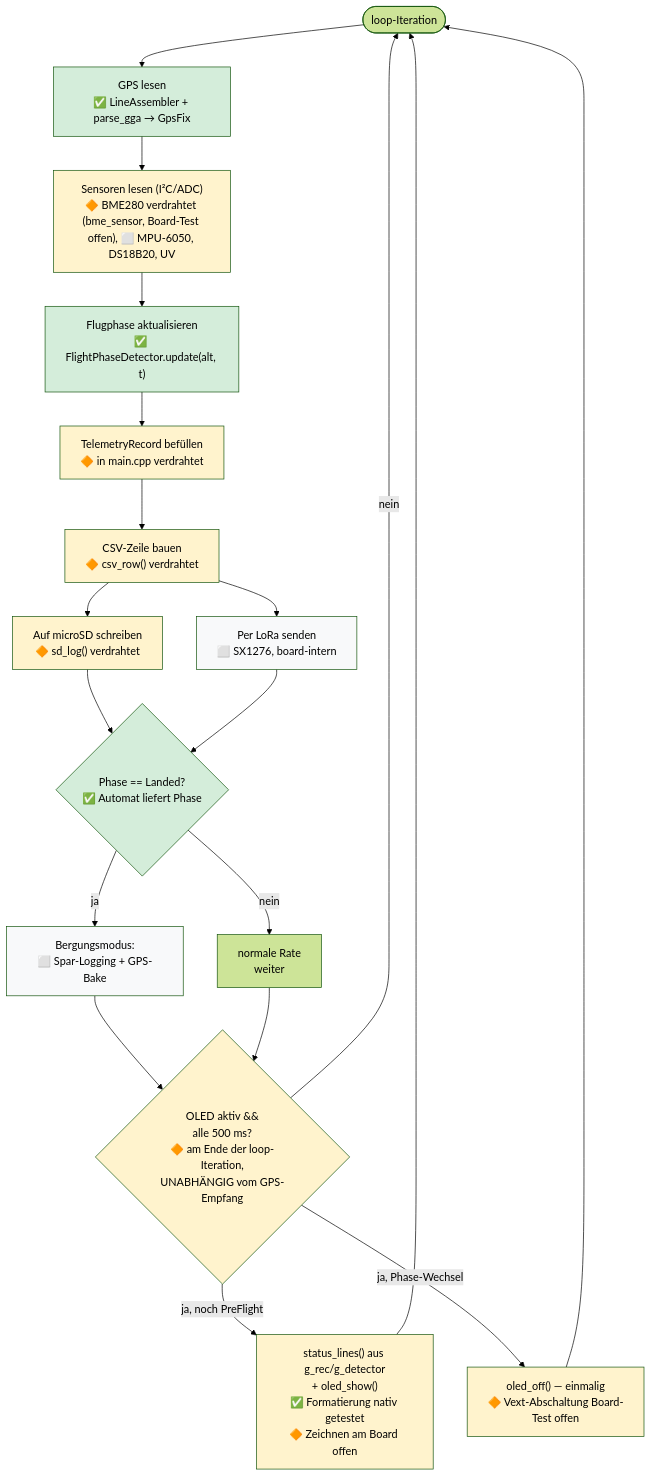
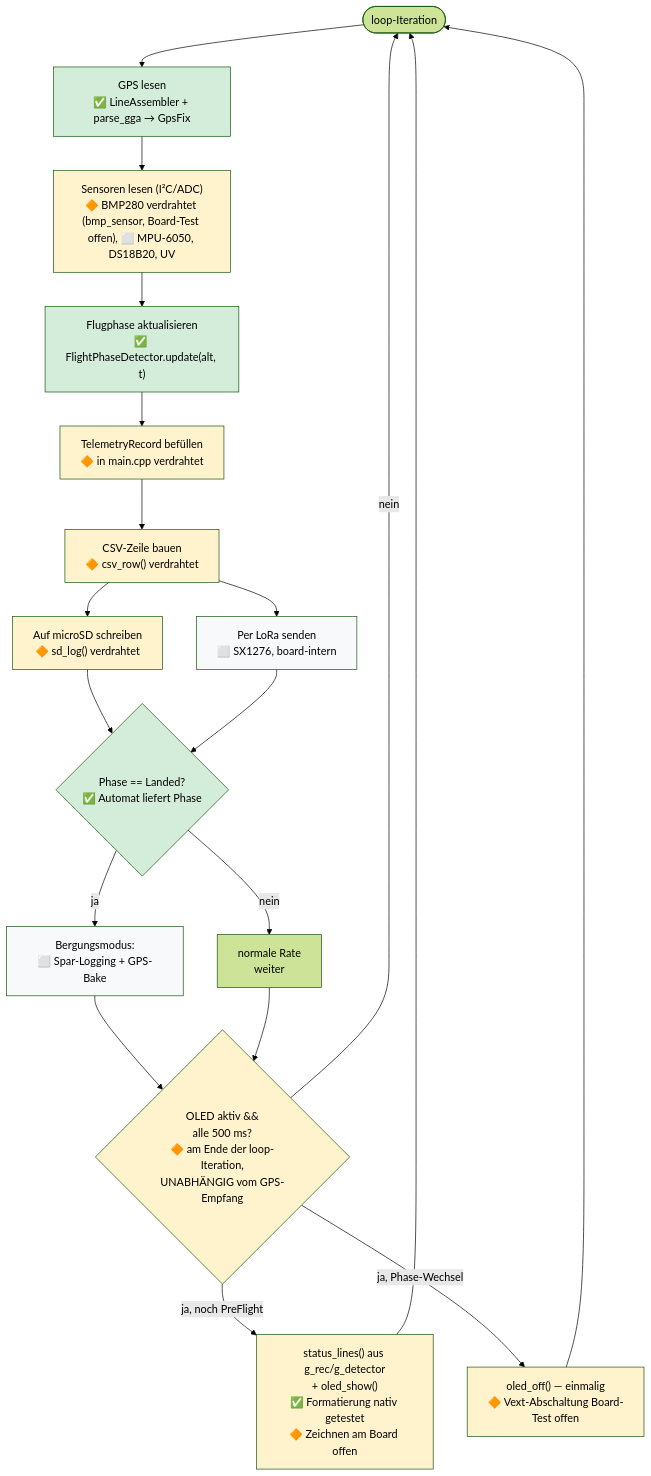
The fourth of 6 diagrams in docs/software-flow.md (rhoentier/weather_balloon), drawn with Mermaid (forest theme) before and after one commit. The commit also changed other lines of this file, not shown here.

First line of the commit message:
docs(software-flow): zurueck auf BMP280 (Chip-ID 0x58 am Board)

````diff
--- a/docs/software-flow.md
+++ b/docs/software-flow.md
@@ -137,41 +137,41 @@
 ```mermaid
 flowchart TD
     L([loop-Iteration]) --> READ_GPS["GPS lesen<br/>✅ LineAssembler + parse_gga → GpsFix"]
-    READ_GPS --> READ_SENS["Sensoren lesen (I²C/ADC)<br/>🔶 BME280 verdrahtet (bme_sensor, Board-Test offen), ⬜ MPU-6050, DS18B20, UV"]
+    READ_GPS --> READ_SENS["Sensoren lesen (I²C/ADC)<br/>🔶 BMP280 verdrahtet (bmp_sensor, Board-Test offen), ⬜ MPU-6050, DS18B20, UV"]
 
     READ_SENS --> PHASE["Flugphase aktualisieren<br/>✅ FlightPhaseDetector.update(alt, t)"]
     PHASE --> BUILD["TelemetryRecord befüllen<br/>🔶 in main.cpp verdrahtet"]
 
     BUILD --> CSV["CSV-Zeile bauen<br/>🔶 csv_row() verdrahtet"]
 
     CSV --> SD["Auf microSD schreiben<br/>🔶 sd_log() verdrahtet"]
     CSV --> LORA["Per LoRa senden<br/>⬜ SX1276, board-intern"]
 
     SD --> RATE{"Phase == Landed?<br/>✅ Automat liefert Phase"}
     LORA --> RATE
     RATE -->|ja| SLOW["Bergungsmodus:<br/>⬜ Spar-Logging + GPS-Bake"]
     RATE -->|nein| FAST["normale Rate<br/>weiter"]
 
     SLOW --> OLED
     FAST --> OLED
 
     OLED{"OLED aktiv &&<br/>alle 500 ms?<br/>🔶 am Ende der loop-Iteration,<br/>UNABHÄNGIG vom GPS-Empfang"}
     OLED -->|nein| L
     OLED -->|ja, noch PreFlight| SHOW["status_lines() aus g_rec/g_detector<br/>+ oled_show()<br/>✅ Formatierung nativ getestet<br/>🔶 Zeichnen am Board offen"]
     OLED -->|ja, Phase-Wechsel| OFF["oled_off() — einmalig<br/>🔶 Vext-Abschaltung Board-Test offen"]
     SHOW --> L
     OFF --> L
 
     style PHASE fill:#d4edda
     style BUILD fill:#fff3cd
     style CSV fill:#fff3cd
     style RATE fill:#d4edda
     style READ_GPS fill:#d4edda
     style READ_SENS fill:#fff3cd
     style SD fill:#fff3cd
     style LORA fill:#f8f9fa
     style SLOW fill:#f8f9fa
     style OLED fill:#fff3cd
     style SHOW fill:#fff3cd
     style OFF fill:#fff3cd
 ```
````
